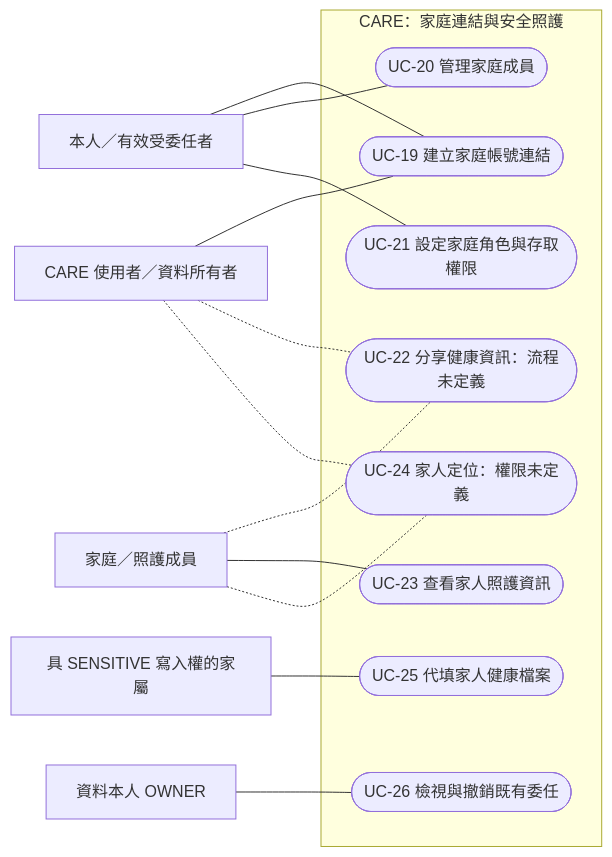
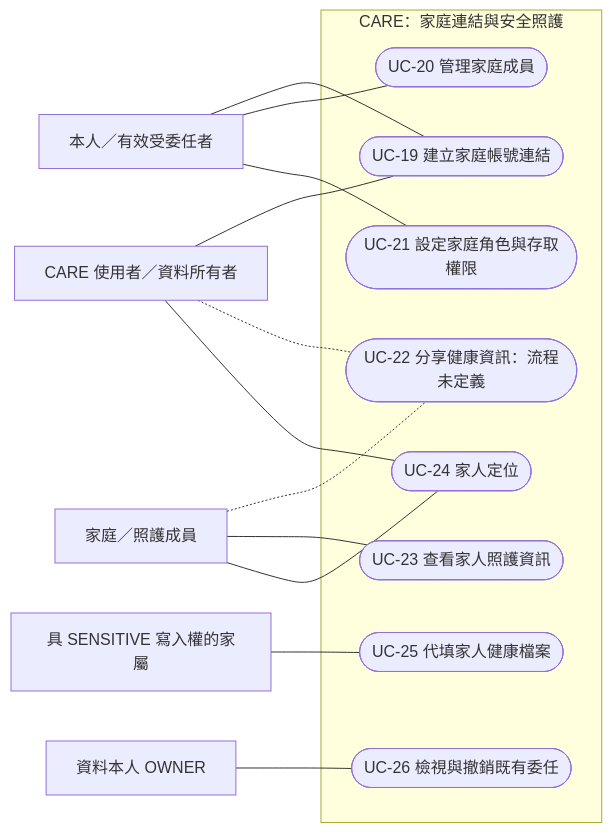
One commit to Yanagi-0912/CARE-Documents changed the fifth of 6 diagrams in Iteration 7使用案例(Use Case).md. Above: the diagram before and after it, drawn with Mermaid. The commit also changed other lines of this file and 1 other file, not shown here.

````diff
--- a/Iteration 7使用案例(Use Case).md
+++ b/Iteration 7使用案例(Use Case).md
@@ -229,29 +229,29 @@
 ```mermaid
 flowchart LR
     U[CARE 使用者／資料所有者]
     F[家庭／照護成員]
     M[本人／有效受委任者]
     G[具 SENSITIVE 寫入權的家屬]
     O[資料本人 OWNER]
     subgraph CARE_FAMILY[CARE：家庭連結與安全照護]
         C19([UC-19 建立家庭帳號連結])
         C20([UC-20 管理家庭成員])
         C21([UC-21 設定家庭角色與存取權限])
         C22([UC-22 分享健康資訊：流程未定義])
         C23([UC-23 查看家人照護資訊])
-        C24([UC-24 家人定位：權限未定義])
+        C24([UC-24 家人定位])
         C25([UC-25 代填家人健康檔案])
         C26([UC-26 檢視與撤銷既有委任])
     end
     U --- C19
     M --- C19
     M --- C20
     M --- C21
     U -.- C22
     F -.- C22
     F --- C23
-    F -.- C24
-    U -.- C24
+    F --- C24
+    U --- C24
     G --- C25
     O --- C26
 ```
````
